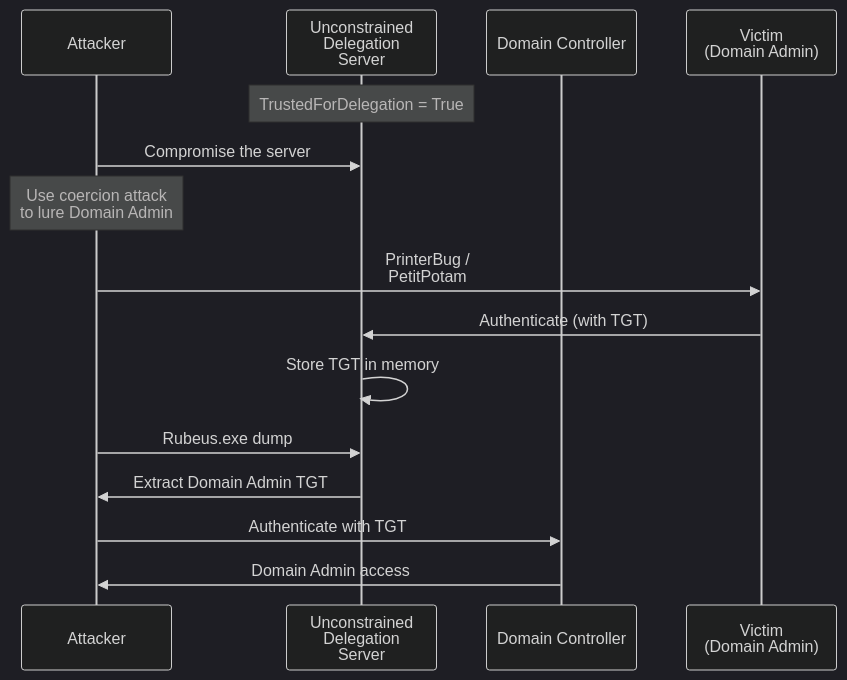
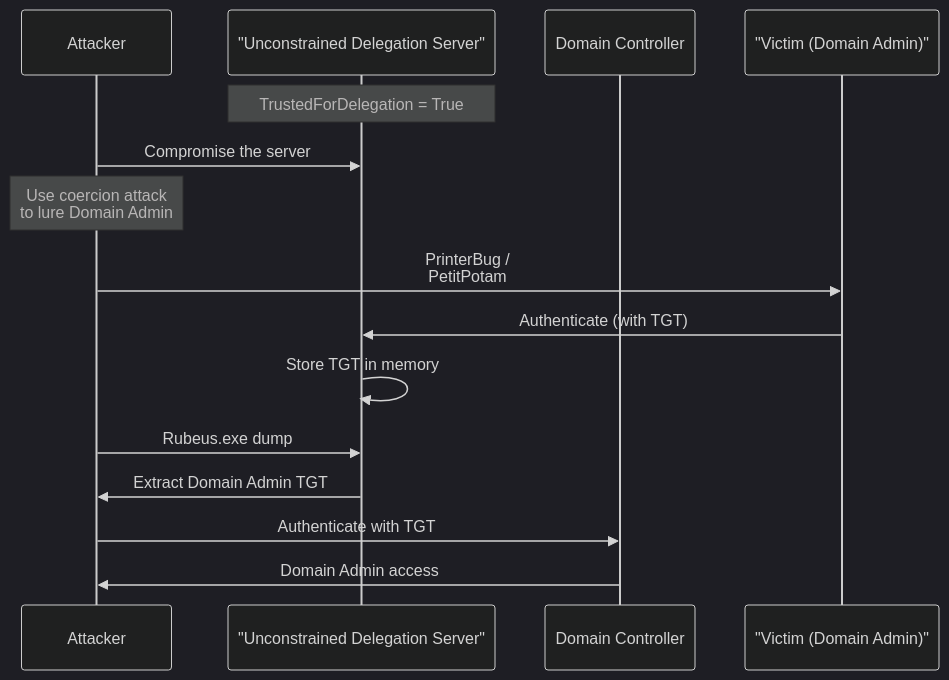
The fifth of 6 diagrams in _posts/2026-03-03-tech-rbcd-attack-guide.md (morimori-dev/morimori-dev.github.io), drawn with Mermaid (dark theme) before and after one commit. The commit also changed other lines of this file and 7 other files, not shown here.

First line of the commit message:
Fix Mermaid syntax errors in 8 posts

````diff
--- a/_posts/2026-03-03-tech-rbcd-attack-guide.md
+++ b/_posts/2026-03-03-tech-rbcd-attack-guide.md
@@ -603,23 +603,23 @@
 ```mermaid
 sequenceDiagram
     participant A as Attacker
-    participant UC as Unconstrained<br/>Delegation<br/>Server
+    participant UC as "Unconstrained Delegation Server"
     participant DC as Domain Controller
-    participant V as Victim<br/>(Domain Admin)
+    participant V as "Victim (Domain Admin)"
 
     Note over UC: TrustedForDelegation = True
 
     A->>UC: Compromise the server
 
     Note over A: Use coercion attack<br/>to lure Domain Admin
 
     A->>V: PrinterBug /<br/>PetitPotam
     V->>UC: Authenticate (with TGT)
     UC->>UC: Store TGT in memory
 
     A->>UC: Rubeus.exe dump
     UC->>A: Extract Domain Admin TGT
 
     A->>DC: Authenticate with TGT
     DC->>A: Domain Admin access
 ```
````
